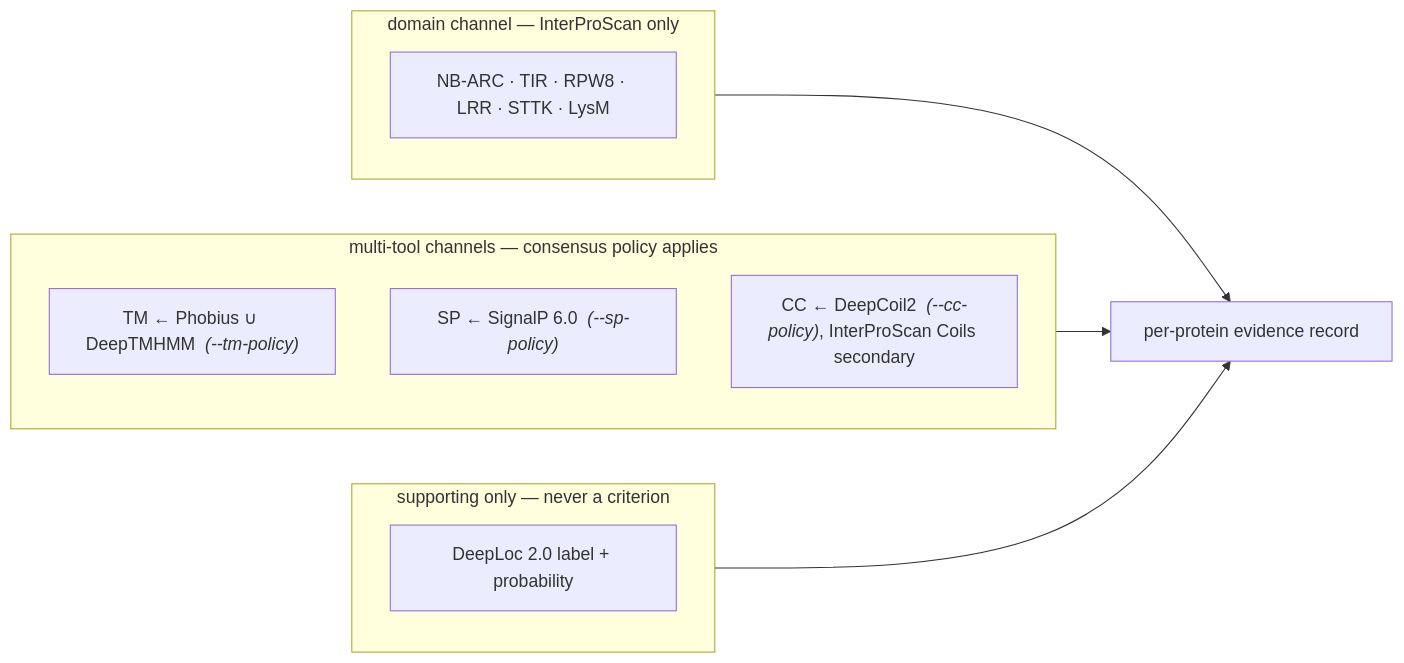
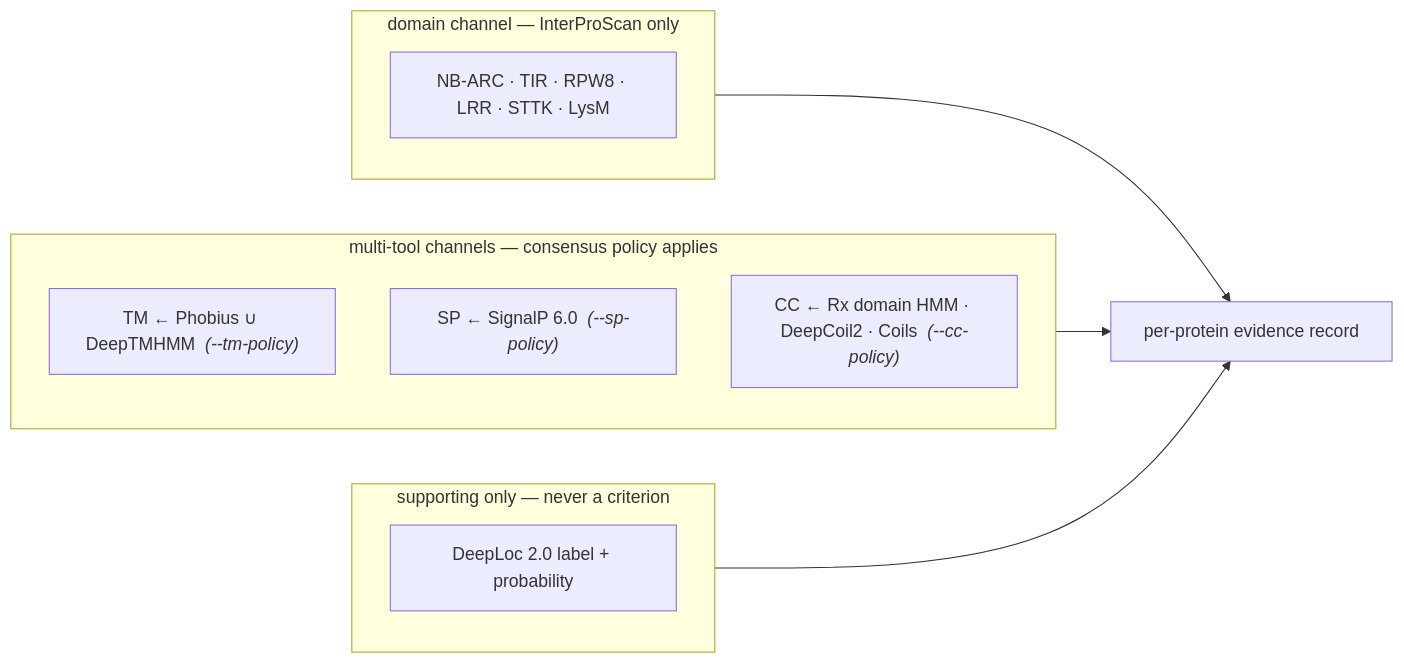
One commit to omatheuspimenta/SugarcaneTranscriptomics changed the fifth of 7 diagrams in docs/rga/ARCHITECTURE.md. Above: the diagram before and after it, drawn with Mermaid. The commit also changed other lines of this file and 33 other files, not shown here.

````diff
--- a/docs/rga/ARCHITECTURE.md
+++ b/docs/rga/ARCHITECTURE.md
@@ -312,17 +312,17 @@
 ```mermaid
 flowchart LR
     subgraph DOM["domain channel — InterProScan only"]
         d1["NB-ARC · TIR · RPW8 · LRR · STTK · LysM"]
     end
     subgraph MULTI["multi-tool channels — consensus policy applies"]
         t1["TM ← Phobius ∪ DeepTMHMM  <i>(--tm-policy)</i>"]
         s1["SP ← SignalP 6.0  <i>(--sp-policy)</i>"]
-        c1["CC ← DeepCoil2  <i>(--cc-policy)</i>, InterProScan Coils secondary"]
+        c1["CC ← Rx domain HMM · DeepCoil2 · Coils  <i>(--cc-policy)</i>"]
     end
     subgraph SUP["supporting only — never a criterion"]
         l1["DeepLoc 2.0 label + probability"]
     end
     DOM --> REC["per-protein evidence record"]
     MULTI --> REC
     SUP --> REC
 ```
````
